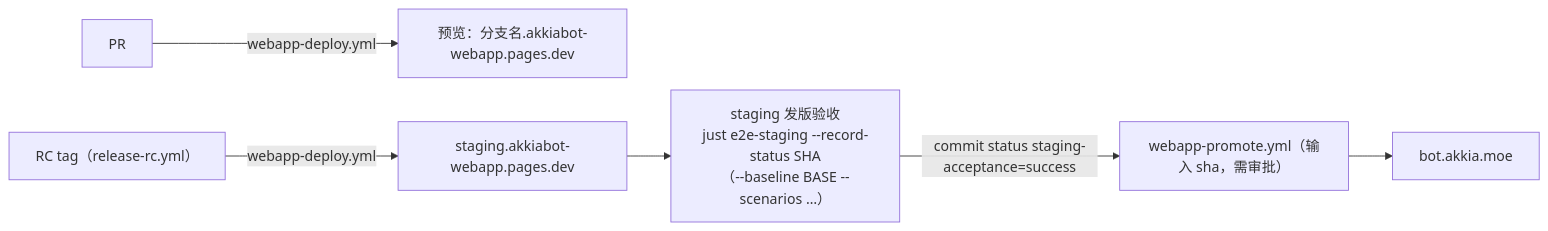
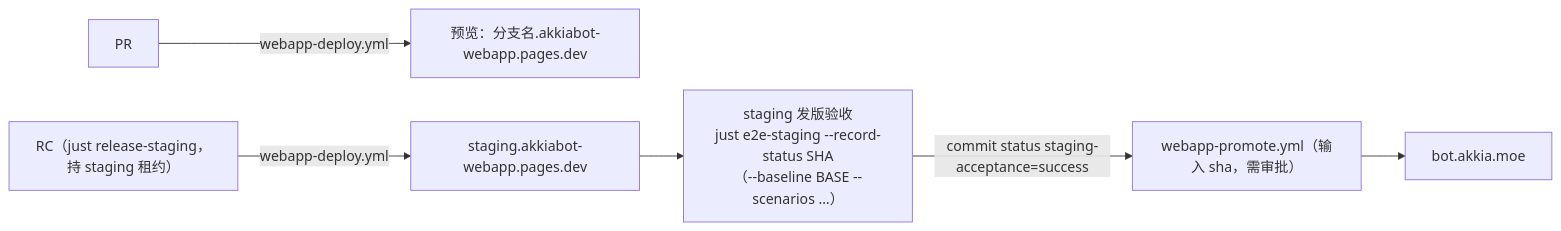
Before and after one commit to AkkiaLab/AkkiaBot: the diagram in docs/webapp.md, drawn with Mermaid. The commit also changed other lines of this file and 15 other files, not shown here.

````diff
--- a/docs/webapp.md
+++ b/docs/webapp.md
@@ -42,8 +42,8 @@
 ```mermaid
 flowchart LR
     PR[PR] -->|webapp-deploy.yml| P["预览：分支名.akkiabot-webapp.pages.dev"]
-    M[RC tag（release-rc.yml）] -->|webapp-deploy.yml| S["staging.akkiabot-webapp.pages.dev"]
+    M[RC（just release-staging，持 staging 租约）] -->|webapp-deploy.yml| S["staging.akkiabot-webapp.pages.dev"]
     S --> A["staging 发版验收<br/>just e2e-staging --record-status SHA<br/>（--baseline BASE --scenarios …）"]
     A -->|commit status staging-acceptance=success| G["webapp-promote.yml（输入 sha，需审批）"]
     G --> Prod["bot.akkia.moe"]
 ```
````
